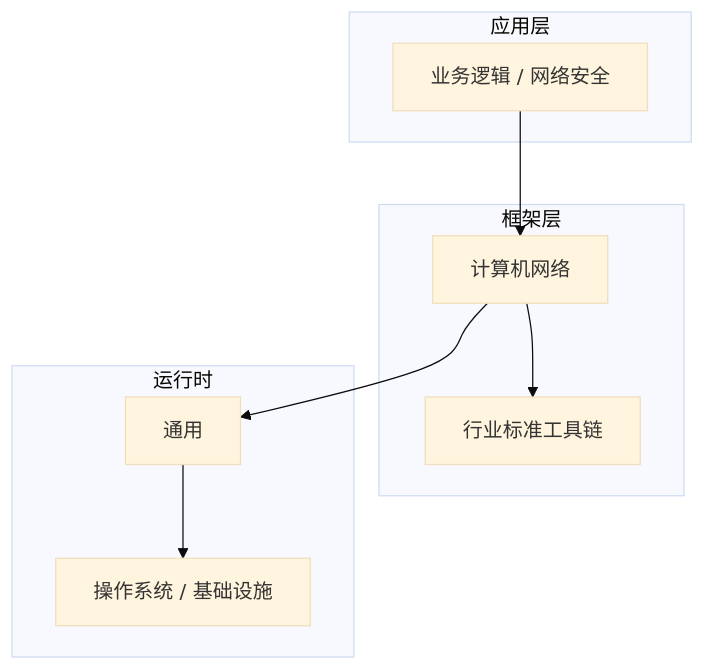
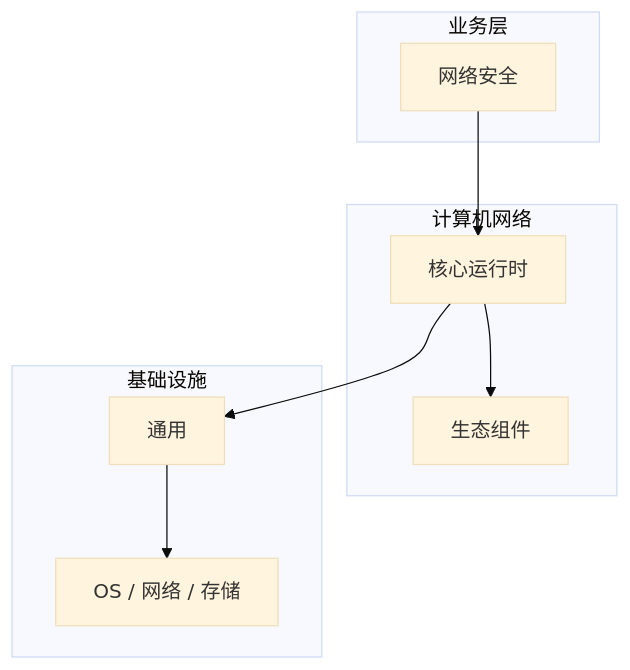
One commit to yanggan2015/knowledge-json-v2 changed the diagram in articles/计算机网络/chapters/061-网络安全核心概念与原理.md. Above: the diagram before and after it, drawn with Mermaid (base theme). The commit also changed other lines of this file and 10127 other files, not shown here.

````diff
--- a/articles/计算机网络/chapters/061-网络安全核心概念与原理.md
+++ b/articles/计算机网络/chapters/061-网络安全核心概念与原理.md
@@ -45,18 +34,18 @@
 ```mermaid
 graph TB
-    subgraph 应用层
-        A[业务逻辑 / 网络安全]
+    subgraph 业务层
+        A[网络安全]
     end
-    subgraph 框架层
-        B[计算机网络]
-        C[行业标准工具链]
+    subgraph 计算机网络
+        B[核心运行时]
+        C[生态组件]
     end
-    subgraph 运行时
+    subgraph 基础设施
         D[通用]
-        E[操作系统 / 基础设施]
+        E[OS / 网络 / 存储]
     end
     A --> B
     B --> C
     B --> D
     D --> E
 ```
````
